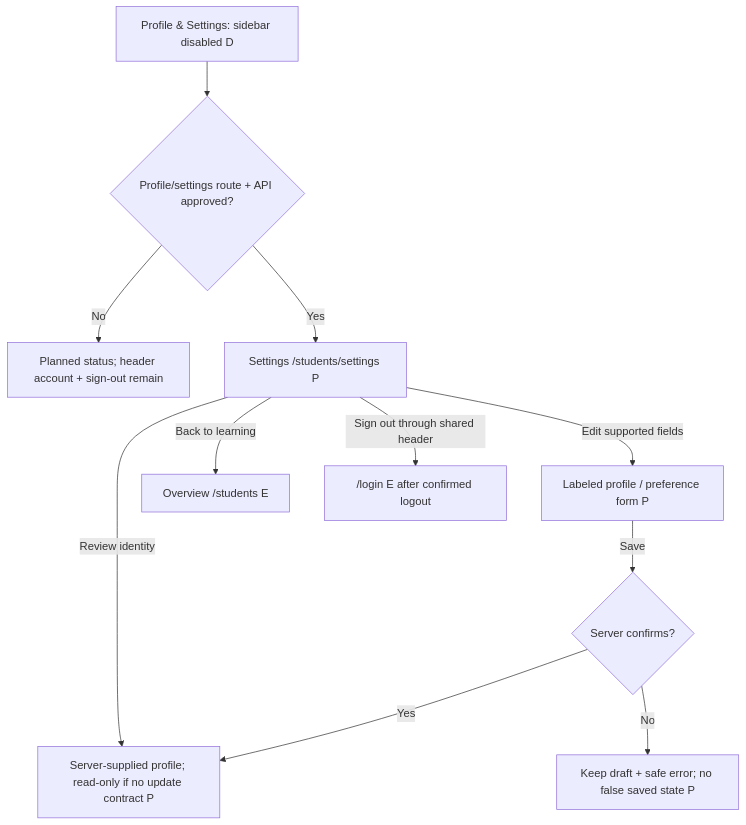
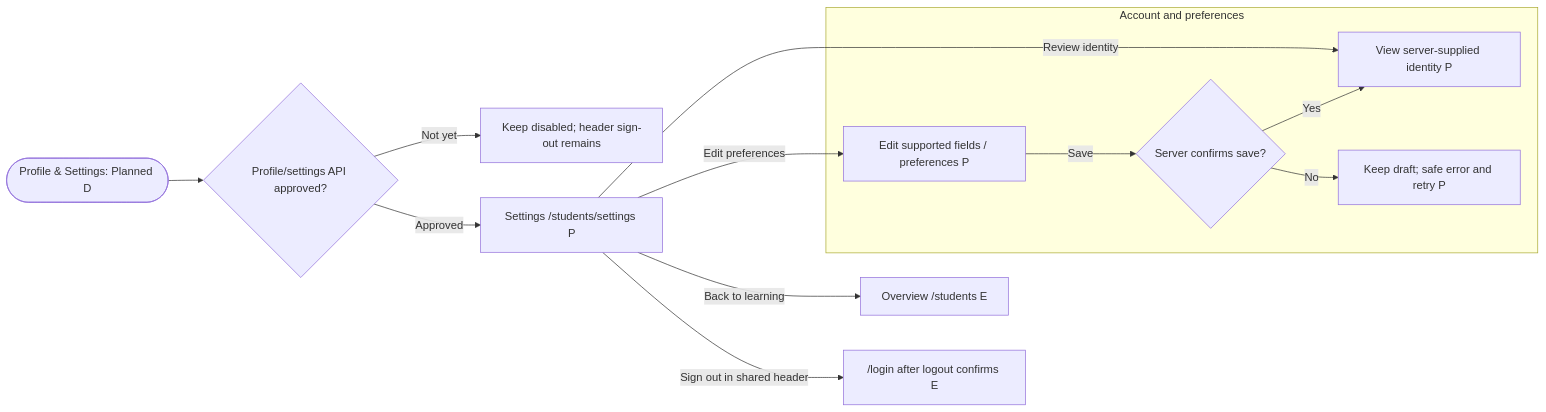
One commit to devCarlJoseph/owlio-app changed diagram 14 of 14 in OWLIO_STUDENT_SIDEBAR_WORKFLOW_PLAN.md. Above: the diagram before and after it, drawn with Mermaid. The commit also changed other lines of this file and 1 other file, not shown here.

Commit message:
docs(workflows): render sidebar flows as grouped Mermaid diagrams

````diff
--- a/OWLIO_STUDENT_SIDEBAR_WORKFLOW_PLAN.md
+++ b/OWLIO_STUDENT_SIDEBAR_WORKFLOW_PLAN.md
@@ -573,13 +693,19 @@
 ```mermaid
-flowchart TD
-  D["Profile & Settings: sidebar disabled D"] --> READY{"Profile/settings route + API approved?"}
-  READY -->|"No"| WAIT["Planned status; header account + sign-out remain"]
-  READY -->|"Yes"| SETTINGS["Settings /students/settings P"]
-  SETTINGS -->|"Review identity"| PROFILE["Server-supplied profile; read-only if no update contract P"]
-  SETTINGS -->|"Edit supported fields"| FORM["Labeled profile / preference form P"]
-  FORM -->|"Save"| RESULT{"Server confirms?"}
-  RESULT -->|"Yes"| PROFILE
-  RESULT -->|"No"| ERROR["Keep draft + safe error; no false saved state P"]
+flowchart LR
+  D(["Profile & Settings: Planned D"]) --> READY{"Profile/settings API approved?"}
+  READY -->|"Not yet"| WAIT["Keep disabled; header sign-out remains"]
+  READY -->|"Approved"| SETTINGS["Settings /students/settings P"]
+  subgraph PROFILE_FLOW["Account and preferences"]
+    PROFILE["View server-supplied identity P"]
+    FORM["Edit supported fields / preferences P"]
+    RESULT{"Server confirms save?"}
+    ERROR["Keep draft; safe error and retry P"]
+    FORM -->|"Save"| RESULT
+    RESULT -->|"Yes"| PROFILE
+    RESULT -->|"No"| ERROR
+  end
+  SETTINGS -->|"Review identity"| PROFILE
+  SETTINGS -->|"Edit preferences"| FORM
   SETTINGS -->|"Back to learning"| OVER["Overview /students E"]
-  SETTINGS -->|"Sign out through shared header"| LOGIN["/login E after confirmed logout"]
+  SETTINGS -->|"Sign out in shared header"| LOGIN["/login after logout confirms E"]
 ```
````
